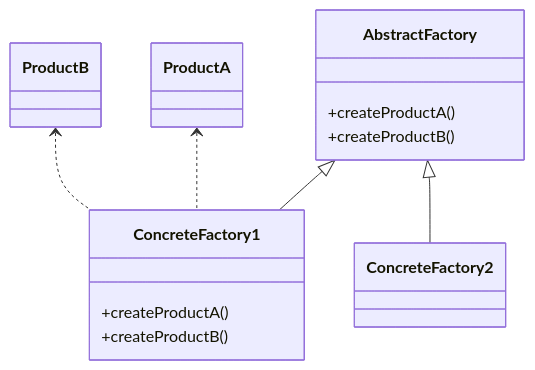
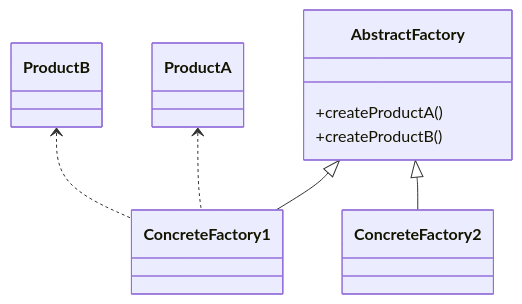
One commit to zhangshi0512/Leetcode changed the first of 23 diagrams in DESIGN_PATTERN.md. Above: the diagram before and after it, drawn with Mermaid. The commit also changed other lines of this file, not shown here.

Commit message:
updated UML

````diff
--- a/DESIGN_PATTERN.md
+++ b/DESIGN_PATTERN.md
@@ -30,11 +34,9 @@
 ```mermaid
 classDiagram
     AbstractFactory <|-- ConcreteFactory1
     AbstractFactory <|-- ConcreteFactory2
     AbstractFactory : +createProductA()
     AbstractFactory : +createProductB()
-    ConcreteFactory1 : +createProductA()
-    ConcreteFactory1 : +createProductB()
     ProductA <.. ConcreteFactory1
     ProductB <.. ConcreteFactory1
 ```
````
